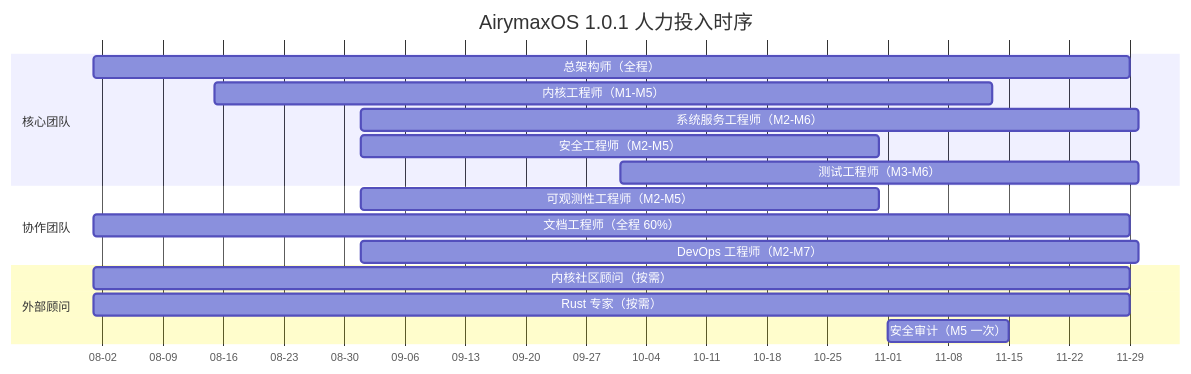
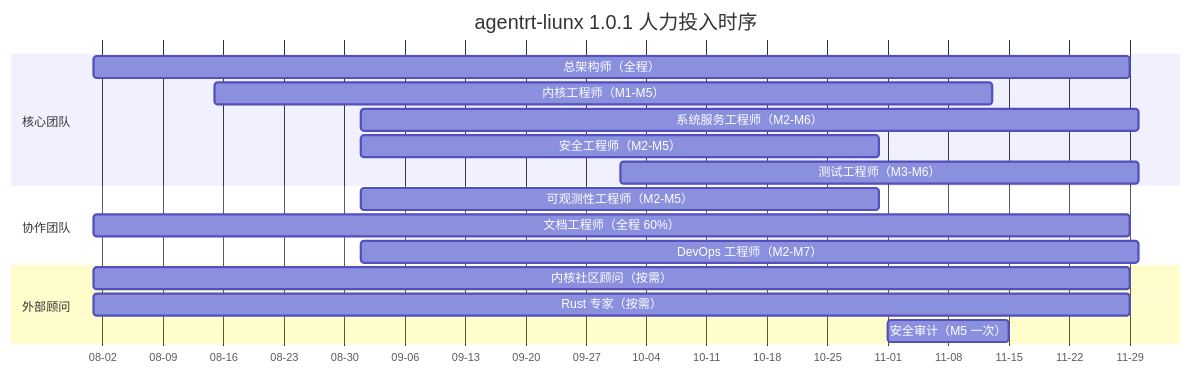
Before and after one commit to openairymax/docs: the third of 5 diagrams in AirymaxAgentOS/130-roadmap/03-resource-estimation.md, drawn with Mermaid. The commit also changed other lines of this file and 99 other files, not shown here.

````diff
--- a/AirymaxAgentOS/130-roadmap/03-resource-estimation.md
+++ b/AirymaxAgentOS/130-roadmap/03-resource-estimation.md
@@ -179,20 +179,20 @@
 ```mermaid
 gantt
-    title AirymaxOS 1.0.1 人力投入时序
+    title agentrt-liunx 1.0.1 人力投入时序
     dateFormat  YYYY-MM-DD
     axisFormat  %m-%d
     section 核心团队
     总架构师（全程）        :a1, 2026-08-01, 120d
     内核工程师（M1-M5）     :a2, 2026-08-15, 90d
     系统服务工程师（M2-M6） :a3, 2026-09-01, 90d
     安全工程师（M2-M5）     :a4, 2026-09-01, 60d
     测试工程师（M3-M6）     :a5, 2026-10-01, 60d
     section 协作团队
     可观测性工程师（M2-M5） :b1, 2026-09-01, 60d
     文档工程师（全程 60%）  :b2, 2026-08-01, 120d
     DevOps 工程师（M2-M7）  :b3, 2026-09-01, 90d
     section 外部顾问
     内核社区顾问（按需）    :c1, 2026-08-01, 120d
     Rust 专家（按需）       :c2, 2026-08-01, 120d
     安全审计（M5 一次）     :c3, 2026-11-01, 14d
 ```
````
